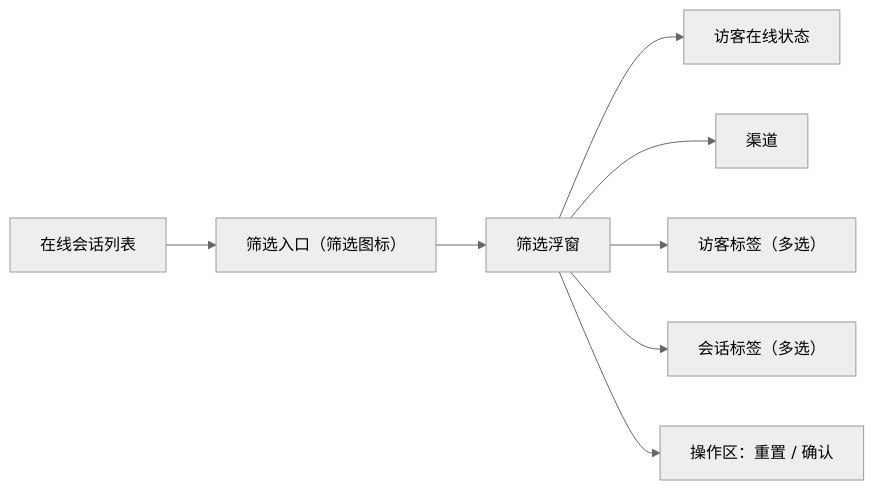
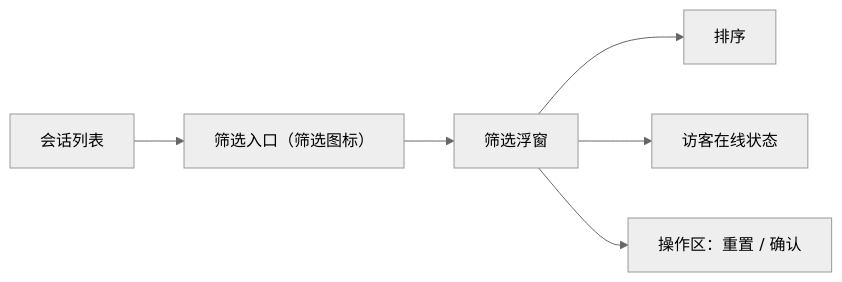
One commit to goeye/twt changed the first of 2 diagrams in docs/PRD-在线会话筛选.md. Above: the diagram before and after it, drawn with Mermaid (neutral theme). The commit also changed other lines of this file and 1 other file, not shown here.

````diff
--- a/docs/PRD-在线会话筛选.md
+++ b/docs/PRD-在线会话筛选.md
@@ -42,10 +40,8 @@
 ```mermaid
 graph LR
-  A["在线会话列表"] --> B["筛选入口（筛选图标）"]
+  A["会话列表"] --> B["筛选入口（筛选图标）"]
   B --> C["筛选浮窗"]
-  C --> D["访客在线状态"]
-  C --> E["渠道"]
-  C --> F["访客标签（多选）"]
-  C --> G["会话标签（多选）"]
-  C --> H["操作区：重置 / 确认"]
+  C --> D["排序"]
+  C --> E["访客在线状态"]
+  C --> F["操作区：重置 / 确认"]
 ```
````
